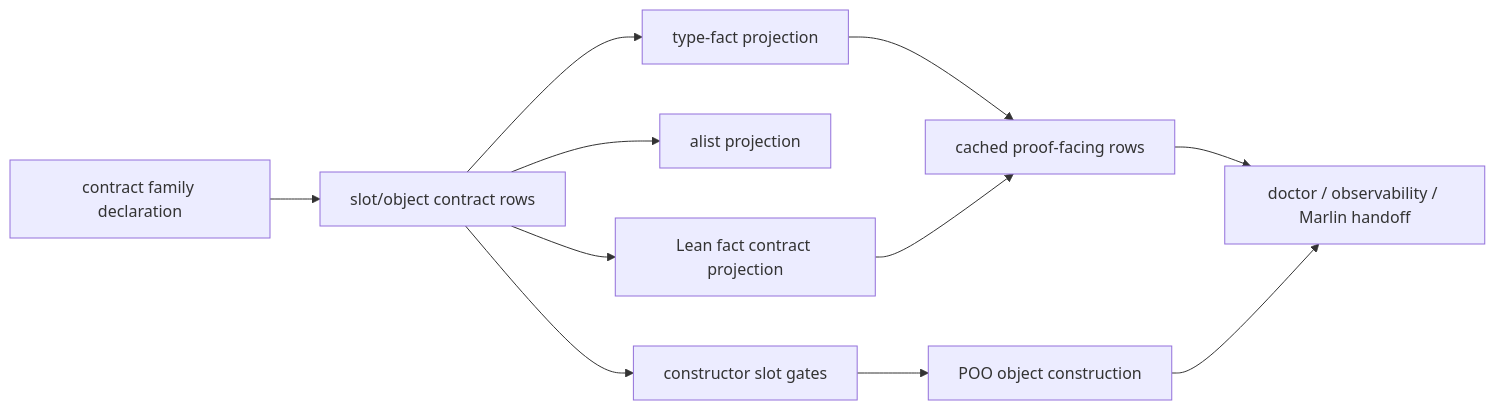
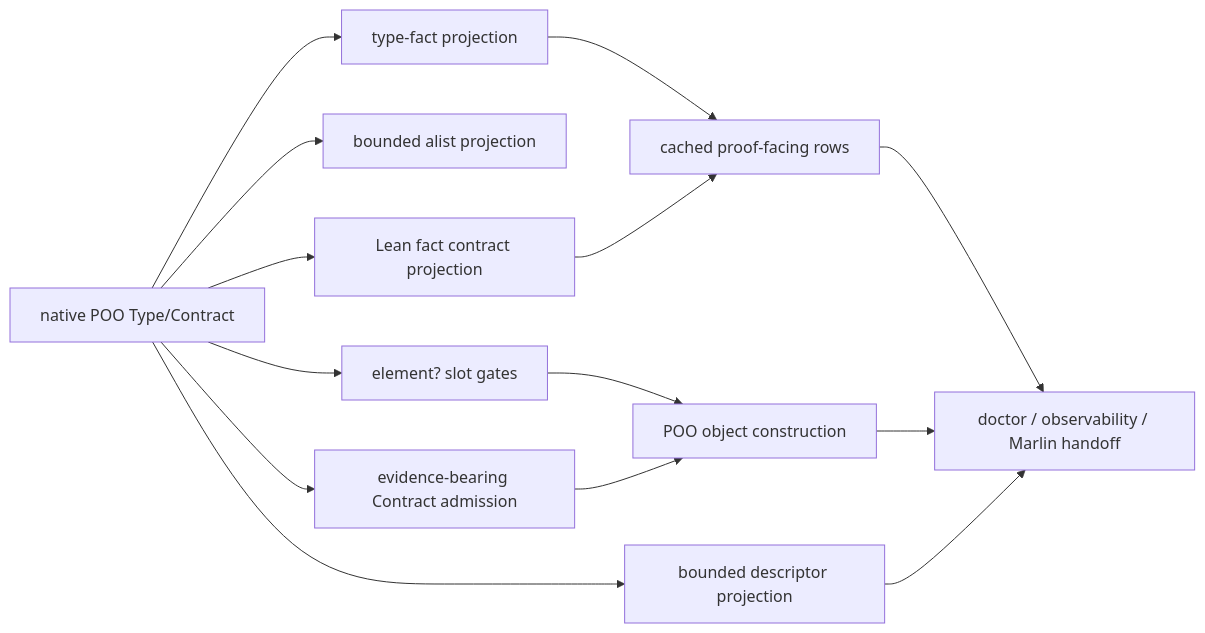
Before and after one commit to tao3k/poo-flow: the first of 2 diagrams in docs/10-19-design/10.06-poo-module-system/82-type-contract-performance-benchmarks.org, drawn with Mermaid. The commit also changed other lines of this file and 2533 other files, not shown here.

First line of the commit message:
refactor: converge POO-native modules on ASP build and testing (#12)

```diff
--- a/docs/10-19-design/10.06-poo-module-system/82-type-contract-performance-benchmarks.org
+++ b/docs/10-19-design/10.06-poo-module-system/82-type-contract-performance-benchmarks.org
@@ -23,13 +32,16 @@
 #+begin_src mermaid
 flowchart LR
-  A["contract family declaration"] --> B["slot/object contract rows"]
-  B --> C["constructor slot gates"]
-  B --> D["alist projection"]
-  B --> E["type-fact projection"]
-  B --> F["Lean fact contract projection"]
+  N["native POO Type/Contract"] --> C["element? slot gates"]
+  N --> D["bounded alist projection"]
+  N --> E["type-fact projection"]
+  N --> F["Lean fact contract projection"]
   E --> G["cached proof-facing rows"]
   F --> G
   G --> H["doctor / observability / Marlin handoff"]
   C --> I["POO object construction"]
   I --> H
+  N --> O["evidence-bearing Contract admission"]
+  N --> P["bounded descriptor projection"]
+  O --> I
+  P --> H
 #+end_src
```
